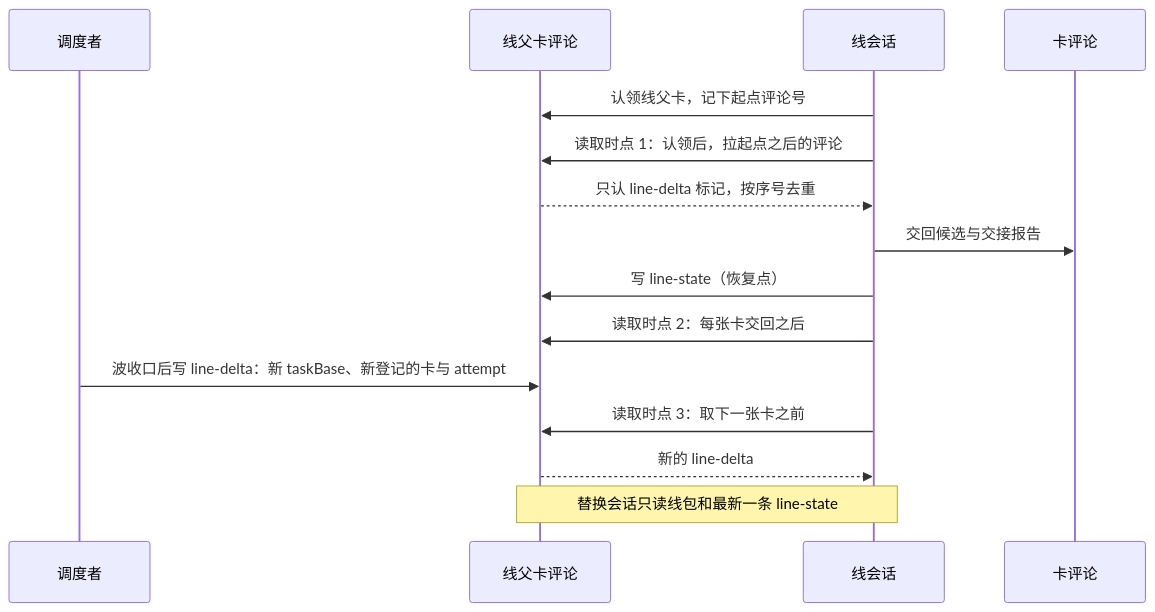
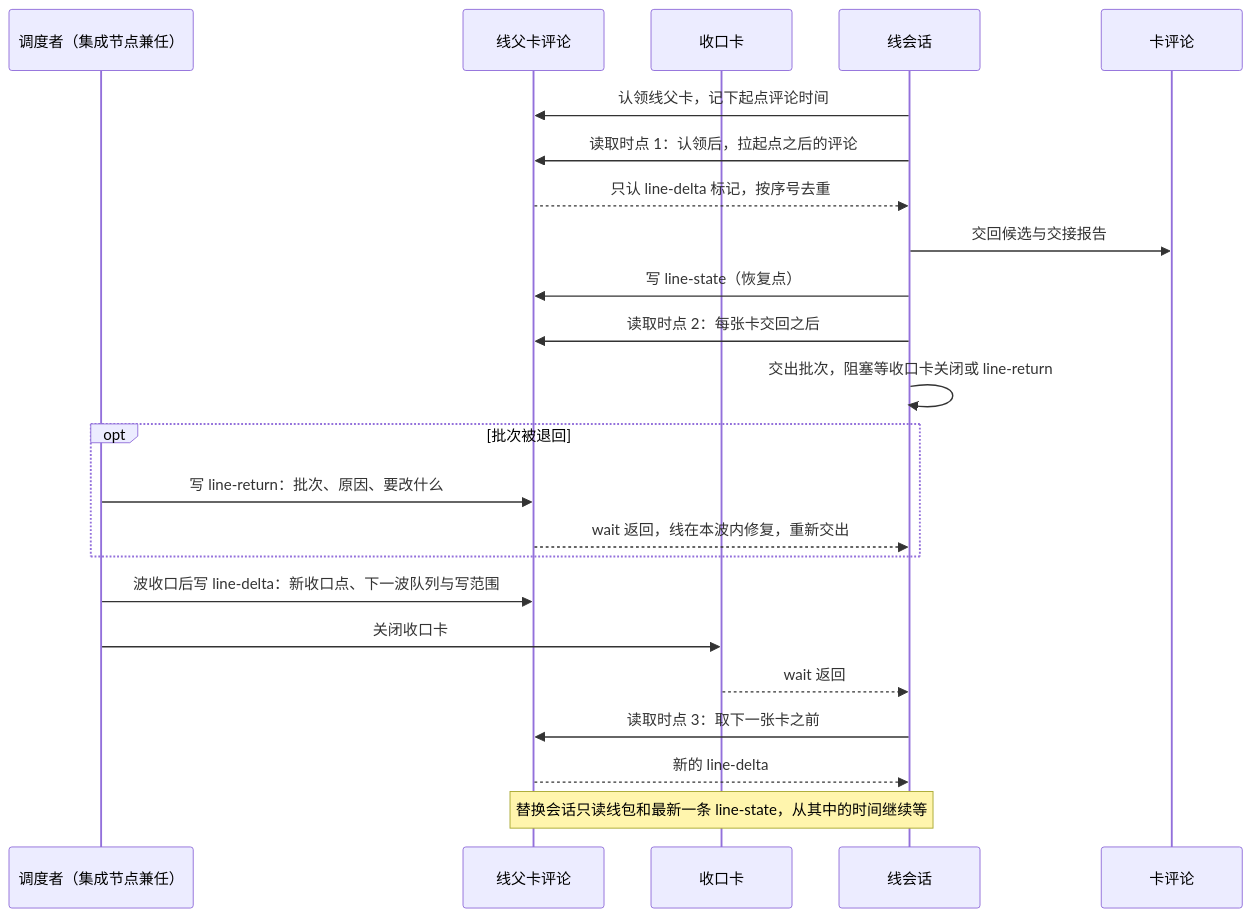
Before and after one commit to nemori-ai/omne-harness-lite: the second of 2 diagrams in .meta_harness/human/map-reduce-delivery/README.md, drawn with Mermaid. The commit also changed other lines of this file and 16 other files, not shown here.

````diff
--- a/.meta_harness/human/map-reduce-delivery/README.md
+++ b/.meta_harness/human/map-reduce-delivery/README.md
@@ -249,17 +250,25 @@
 ```mermaid
 sequenceDiagram
-  participant D as 调度者
+  participant D as 调度者（集成节点兼任）
   participant P as 线父卡评论
+  participant W as 收口卡
   participant L as 线会话
   participant C as 卡评论
-  L->>P: 认领线父卡，记下起点评论号
+  L->>P: 认领线父卡，记下起点评论时间
   L->>P: 读取时点 1：认领后，拉起点之后的评论
   P-->>L: 只认 line-delta 标记，按序号去重
   L->>C: 交回候选与交接报告
   L->>P: 写 line-state（恢复点）
   L->>P: 读取时点 2：每张卡交回之后
-  D->>P: 波收口后写 line-delta：新 taskBase、新登记的卡与 attempt
+  L->>L: 交出批次，阻塞等收口卡关闭或 line-return
+  opt 批次被退回
+    D->>P: 写 line-return：批次、原因、要改什么
+    P-->>L: wait 返回，线在本波内修复，重新交出
+  end
+  D->>P: 波收口后写 line-delta：新收口点、下一波队列与写范围
+  D->>W: 关闭收口卡
+  W-->>L: wait 返回
   L->>P: 读取时点 3：取下一张卡之前
   P-->>L: 新的 line-delta
-  Note over L,P: 替换会话只读线包和最新一条 line-state
+  Note over L,P: 替换会话只读线包和最新一条 line-state，从其中的时间继续等
 ```
````
